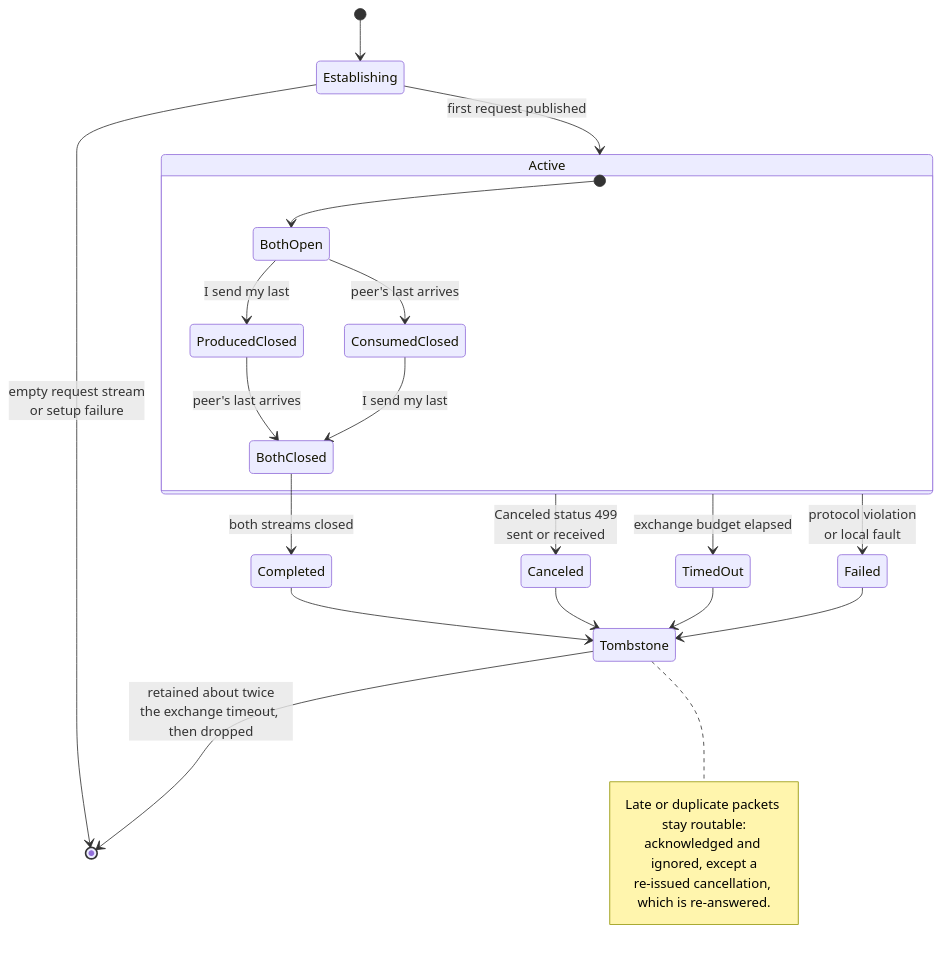
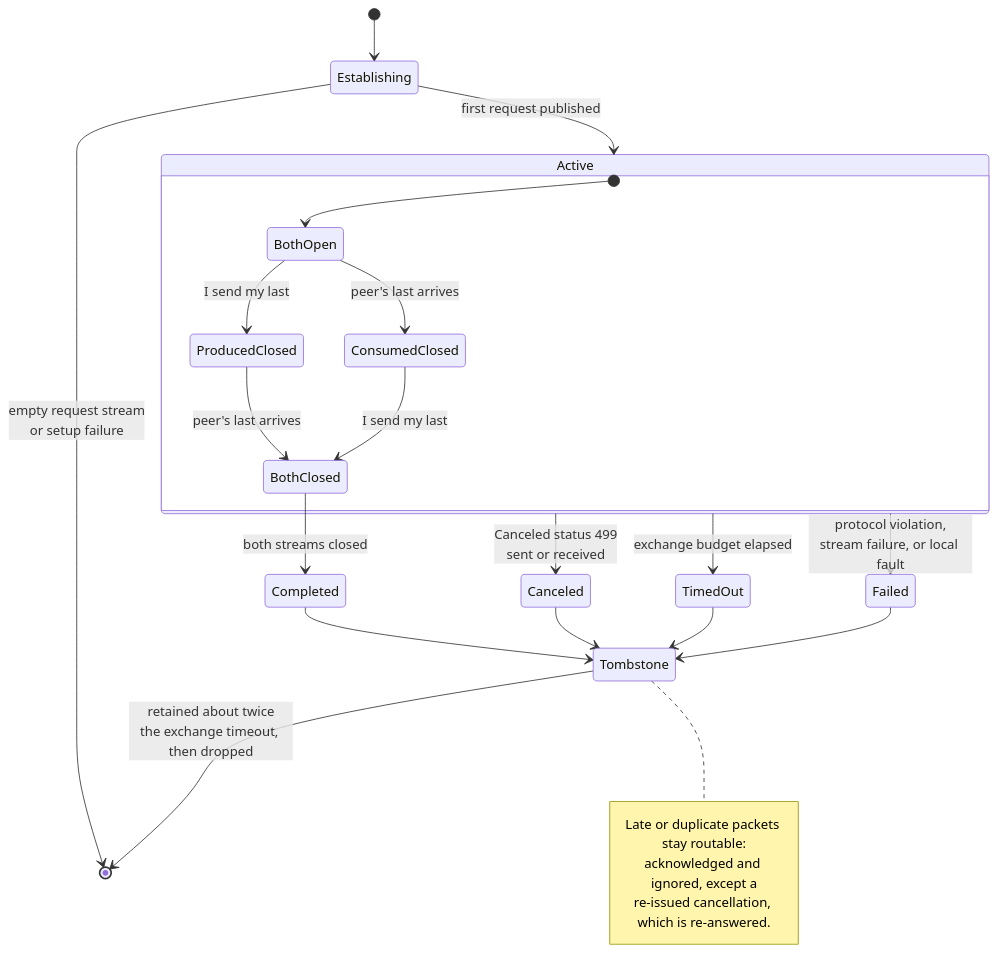
The second of 3 diagrams in doc/dev/adr/0025-rpc-streaming-overview-diagrams.md (Azure/iot-operations-sdks), drawn with Mermaid before and after one commit. The commit also changed other lines of this file and 3 other files, not shown here.

First line of the commit message:
ADR 25: add stream failure status and error reporting

````diff
--- a/doc/dev/adr/0025-rpc-streaming-overview-diagrams.md
+++ b/doc/dev/adr/0025-rpc-streaming-overview-diagrams.md
@@ -154,36 +154,36 @@
 ```mermaid
 stateDiagram-v2
     direction TB
 
     [*] --> Establishing
 
     Establishing --> Active: first request published
     Establishing --> [*]: empty request stream<br/>or setup failure
 
     state Active {
         direction LR
         [*] --> BothOpen
         BothOpen --> ProducedClosed: I send my last
         BothOpen --> ConsumedClosed: peer's last arrives
         ProducedClosed --> BothClosed: peer's last arrives
         ConsumedClosed --> BothClosed: I send my last
     }
 
     BothClosed --> Completed: both streams closed
     Active --> Canceled: Canceled status 499<br/>sent or received
     Active --> TimedOut: exchange budget elapsed
-    Active --> Failed: protocol violation<br/>or local fault
+    Active --> Failed: protocol violation,<br/>stream failure, or local fault
 
     Completed --> Tombstone
     Canceled --> Tombstone
     TimedOut --> Tombstone
     Failed --> Tombstone
 
     Tombstone --> [*]: retained about twice<br/>the exchange timeout, then dropped
 
     note right of Tombstone
         Late or duplicate packets stay routable:
         acknowledged and ignored, except a
         re-issued cancellation, which is re-answered.
     end note
 ```
````
